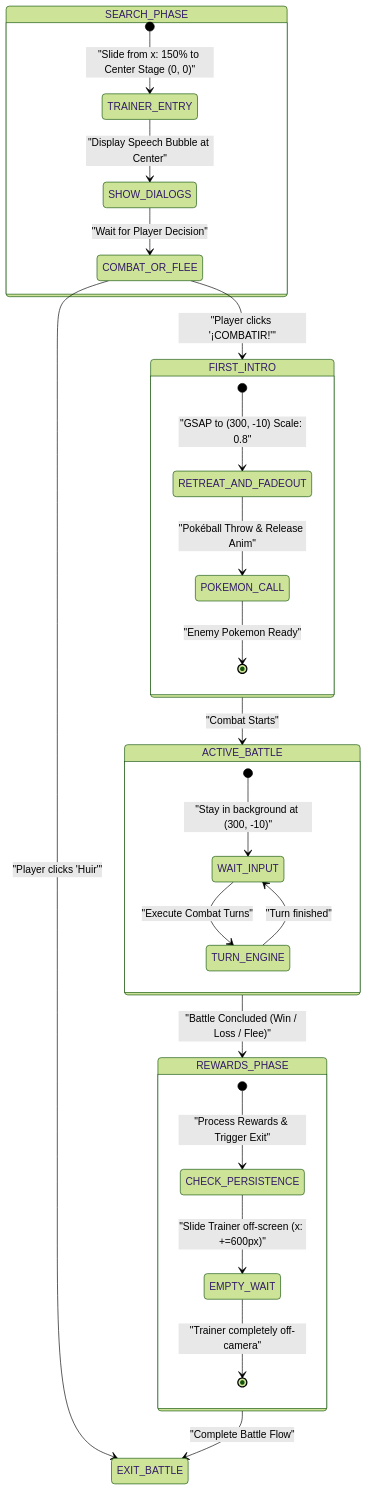
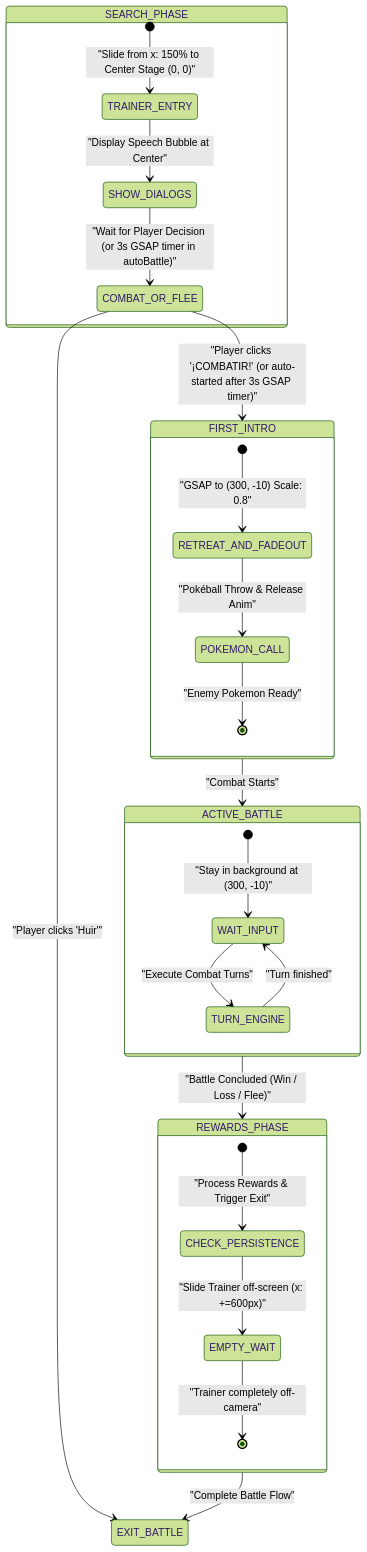
Before and after one commit to Darkham77/PokeBorrador: the fourth of 20 diagrams in .agents/skills/project-standards/references/battle/battle_mechanics_manual.md, drawn with Mermaid (forest theme). The commit also changed other lines of this file and 178 other files, not shown here.

````diff
--- a/.agents/skills/project-standards/references/battle/battle_mechanics_manual.md
+++ b/.agents/skills/project-standards/references/battle/battle_mechanics_manual.md
@@ -501,35 +517,35 @@
 ```mermaid
 stateDiagram-v2
     state SEARCH_PHASE {
         [*] --> TRAINER_ENTRY : "Slide from x: 150% to Center Stage (0, 0)"
         TRAINER_ENTRY --> SHOW_DIALOGS : "Display Speech Bubble at Center"
-        SHOW_DIALOGS --> COMBAT_OR_FLEE : "Wait for Player Decision"
+        SHOW_DIALOGS --> COMBAT_OR_FLEE : "Wait for Player Decision (or 3s GSAP timer in autoBattle)"
     }
 
-    COMBAT_OR_FLEE --> FIRST_INTRO : "Player clicks '¡COMBATIR!'"
+    COMBAT_OR_FLEE --> FIRST_INTRO : "Player clicks '¡COMBATIR!' (or auto-started after 3s GSAP timer)"
     COMBAT_OR_FLEE --> EXIT_BATTLE : "Player clicks 'Huir'"
 
     state FIRST_INTRO {
         [*] --> RETREAT_AND_FADEOUT : "GSAP to (300, -10) Scale: 0.8"
         RETREAT_AND_FADEOUT --> POKEMON_CALL : "Pokéball Throw & Release Anim"
         POKEMON_CALL --> [*] : "Enemy Pokemon Ready"
     }
 
     FIRST_INTRO --> ACTIVE_BATTLE : "Combat Starts"
 
     state ACTIVE_BATTLE {
         [*] --> WAIT_INPUT : "Stay in background at (300, -10)"
         WAIT_INPUT --> TURN_ENGINE : "Execute Combat Turns"
         TURN_ENGINE --> WAIT_INPUT : "Turn finished"
     }
 
     ACTIVE_BATTLE --> REWARDS_PHASE : "Battle Concluded (Win / Loss / Flee)"
 
     state REWARDS_PHASE {
         [*] --> CHECK_PERSISTENCE : "Process Rewards & Trigger Exit"
         CHECK_PERSISTENCE --> EMPTY_WAIT : "Slide Trainer off-screen (x: +=600px)"
         EMPTY_WAIT --> [*] : "Trainer completely off-camera"
     }
 
     REWARDS_PHASE --> EXIT_BATTLE : "Complete Battle Flow"
 ```
````
